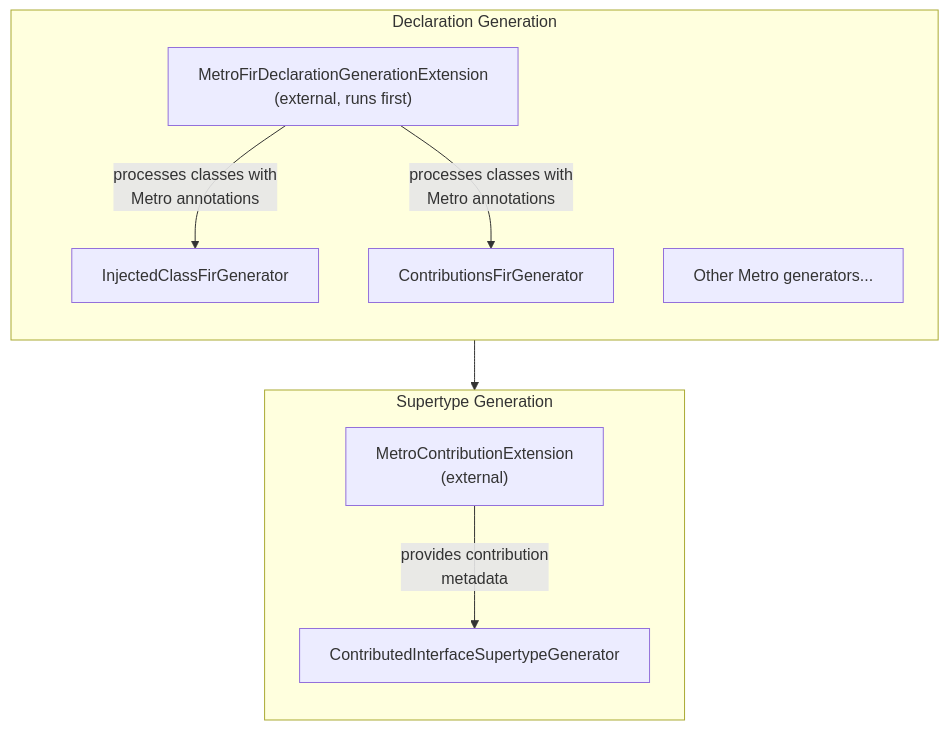
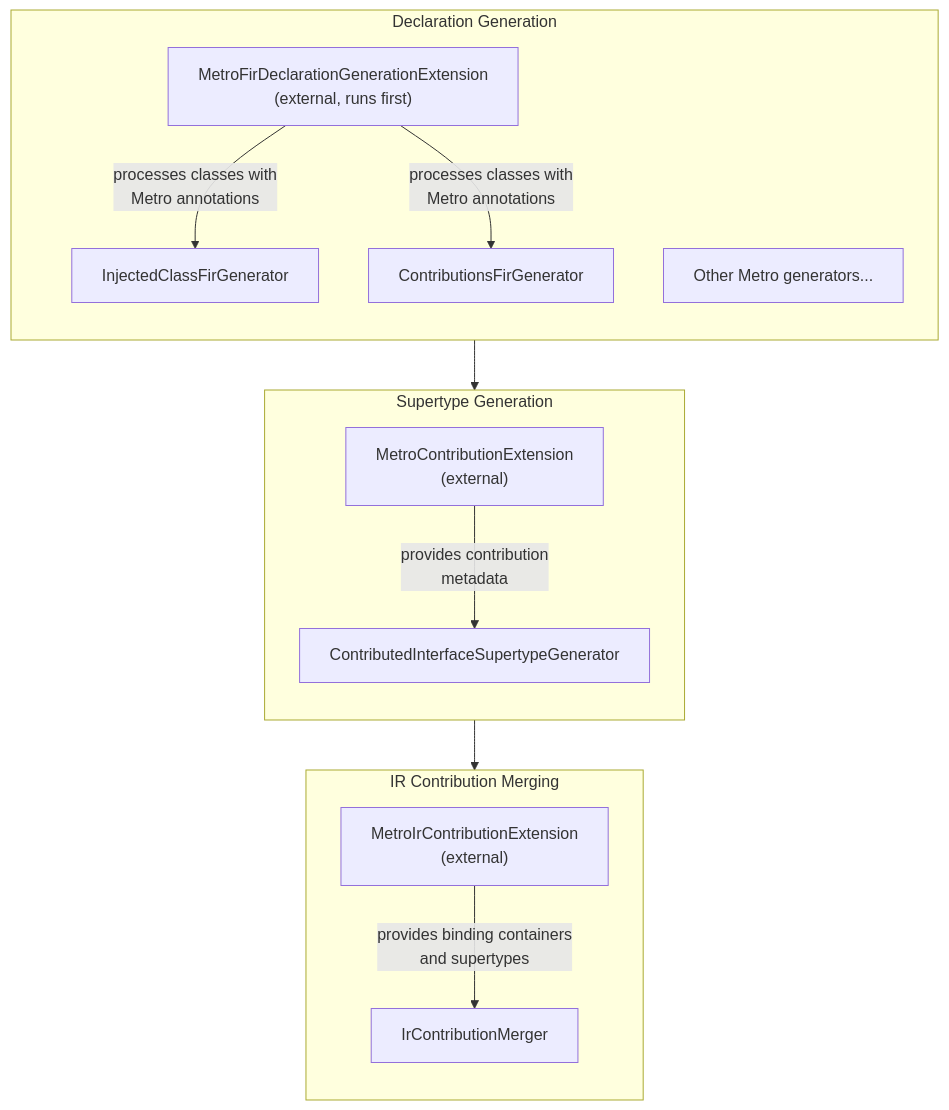
The second of 2 diagrams in compiler/API.md (ZacSweers/metro), drawn with Mermaid before and after one commit. The commit also changed other lines of this file, not shown here.

````diff
--- a/compiler/API.md
+++ b/compiler/API.md
@@ -45,23 +48,32 @@
 ```mermaid
 flowchart TB
     subgraph DeclarationGen["Declaration Generation"]
         direction TB
         EXT1["MetroFirDeclarationGenerationExtension<br/>(external, runs first)"]
         IG["InjectedClassFirGenerator"]
         CG["ContributionsFirGenerator"]
         OG["Other Metro generators..."]
 
         EXT1 -->|"processes classes with<br/>Metro annotations"| IG
         EXT1 -->|"processes classes with<br/>Metro annotations"| CG
     end
 
     subgraph SupertypeGen["Supertype Generation"]
         direction TB
         EXT2["MetroContributionExtension<br/>(external)"]
         SG["ContributedInterfaceSupertypeGenerator"]
 
         EXT2 -->|"provides contribution<br/>metadata"| SG
     end
 
+    subgraph IRMerge["IR Contribution Merging"]
+        direction TB
+        EXT3["MetroIrContributionExtension<br/>(external)"]
+        IM["IrContributionMerger"]
+
+        EXT3 -->|"provides binding containers<br/>and supertypes"| IM
+    end
+
     DeclarationGen --> SupertypeGen
+    SupertypeGen --> IRMerge
 ```
````
